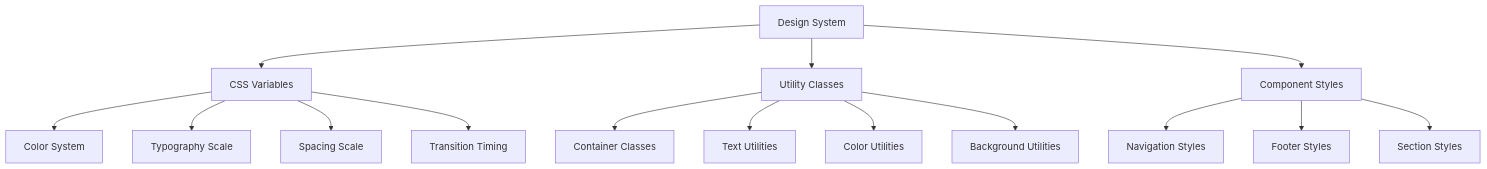
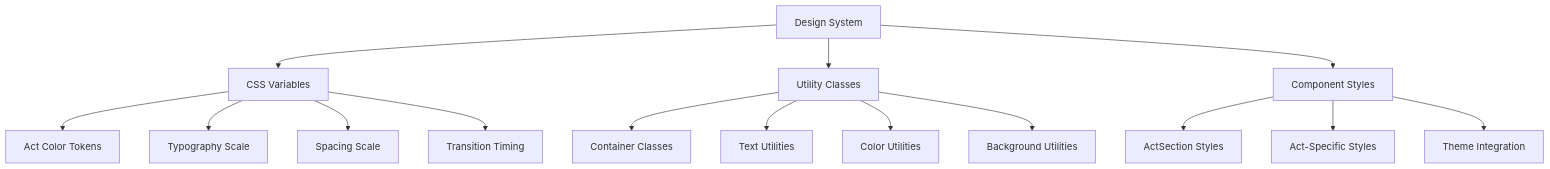
Before and after one commit to rakeshmaity271/frankie-picasso: the fourth of 12 diagrams in .qoder/repowiki/en/content/Application Architecture.md, drawn with Mermaid. The commit also changed other lines of this file and 18 other files, not shown here.

Commit message:
Update Nav component, styles, and repowiki docs

````diff
--- a/.qoder/repowiki/en/content/Application Architecture.md
+++ b/.qoder/repowiki/en/content/Application Architecture.md
@@ -266,17 +354,17 @@
 ```mermaid
 graph TB
 DesignSystem["Design System"] --> Variables["CSS Variables"]
-Variables --> Colors["Color System"]
+Variables --> ActColors["Act Color Tokens"]
 Variables --> Typography["Typography Scale"]
 Variables --> Spacing["Spacing Scale"]
 Variables --> Transitions["Transition Timing"]
 DesignSystem --> Utilities["Utility Classes"]
 Utilities --> Containers["Container Classes"]
 Utilities --> TextUtils["Text Utilities"]
 Utilities --> ColorUtils["Color Utilities"]
 Utilities --> BackgroundUtils["Background Utilities"]
 DesignSystem --> Components["Component Styles"]
-Components --> NavStyles["Navigation Styles"]
-Components --> FooterStyles["Footer Styles"]
-Components --> SectionStyles["Section Styles"]
+Components --> ActSectionStyles["ActSection Styles"]
+Components --> ActSpecificStyles["Act-Specific Styles"]
+Components --> ThemeIntegration["Theme Integration"]
 ```
````
